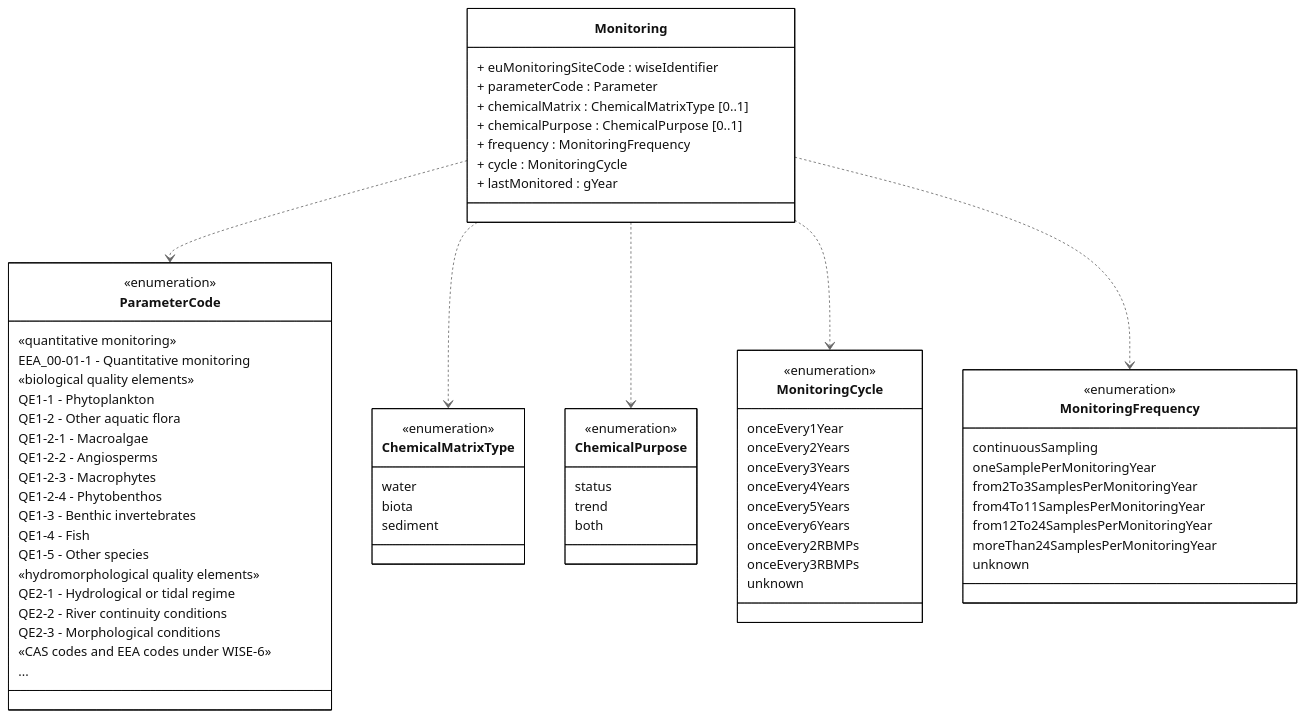
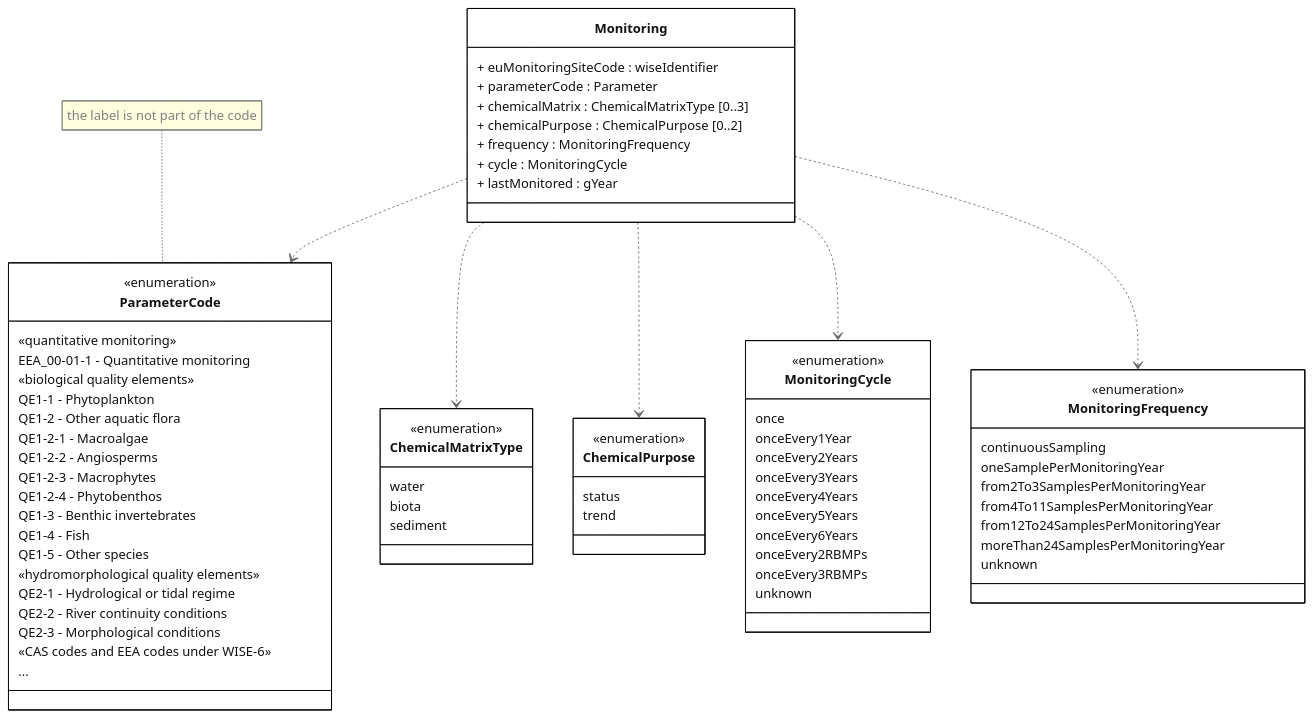
One commit to eeadata/WISE.WFD.Documentation changed the diagram in docs/DataModelReview/mmd/Monitoring_4thCycle_Monitoring_ClassDiagram.mmd. Above: the diagram before and after it, drawn with Mermaid. The commit also changed 11 other files, not shown here.

Commit message:
Codelists for Monitoring (with pending definitions). Correction to the multiplicity of the chemicalMatrix and chemicalPurpose attributes. Adding note to the PressureType enumeration. Correcting style in a class diagram.

```diff
--- a/docs/DataModelReview/mmd/Monitoring_4thCycle_Monitoring_ClassDiagram.mmd
+++ b/docs/DataModelReview/mmd/Monitoring_4thCycle_Monitoring_ClassDiagram.mmd
@@ -1,94 +1,100 @@
 ---
 config:
   class:
     hideEmptyMembersBox: true
   layout: dagre
   theme: neutral
+  themeVariables:
+    noteBkgColor: lightYellow
+    noteTextColor: grey
+    noteBorderColor: grey 
 ---
 classDiagram
 direction TB
 
 
 class Monitoring{
   + euMonitoringSiteCode : wiseIdentifier
   + parameterCode : Parameter
-  + chemicalMatrix : ChemicalMatrixType [0..1]
-  + chemicalPurpose : ChemicalPurpose [0..1]
+  + chemicalMatrix : ChemicalMatrixType [0..3]
+  + chemicalPurpose : ChemicalPurpose [0..2]
   + frequency : MonitoringFrequency
   + cycle : MonitoringCycle
   + lastMonitored : gYear
 }
 
 class ParameterCode{
   <<enumeration>>
 
   «quantitative monitoring»
   EEA_00-01-1 - Quantitative monitoring
 
   «biological quality elements»
   QE1-1 - Phytoplankton
   QE1-2 - Other aquatic flora
   QE1-2-1 - Macroalgae
   QE1-2-2 - Angiosperms
   QE1-2-3 - Macrophytes
   QE1-2-4 - Phytobenthos
   QE1-3 - Benthic invertebrates
   QE1-4 - Fish
   QE1-5 - Other species
 
   «hydromorphological quality elements»
   QE2-1 - Hydrological or tidal regime
   QE2-2 - River continuity conditions
   QE2-3 - Morphological conditions
 
   «CAS codes and EEA codes under WISE-6»
   ...
 }
 
 class ChemicalMatrixType{
     <<enumeration>>
     water
     biota
     sediment
     }
 
 class ChemicalPurpose{
     <<enumeration>>
     status
     trend
-    both
     }   
 
 class MonitoringFrequency{
     <<enumeration>>
     continuousSampling
     oneSamplePerMonitoringYear
     from2To3SamplesPerMonitoringYear
     from4To11SamplesPerMonitoringYear
     from12To24SamplesPerMonitoringYear
     moreThan24SamplesPerMonitoringYear
     unknown
     }   
 
 class MonitoringCycle{
     <<enumeration>>
+    once
     onceEvery1Year
     onceEvery2Years
     onceEvery3Years
     onceEvery4Years
     onceEvery5Years
     onceEvery6Years
     onceEvery2RBMPs
     onceEvery3RBMPs
     unknown
     }   
 
 Monitoring ..> ParameterCode
 Monitoring ..> ChemicalMatrixType
 Monitoring ..> ChemicalPurpose
 
 Monitoring ..> MonitoringCycle
 Monitoring ..> MonitoringFrequency
 
+note for ParameterCode "the label is not part of the code"
+
 classDef default fill:white,stroke:#000;
 classDef forFixing fill:white,stroke:#f00;
```
